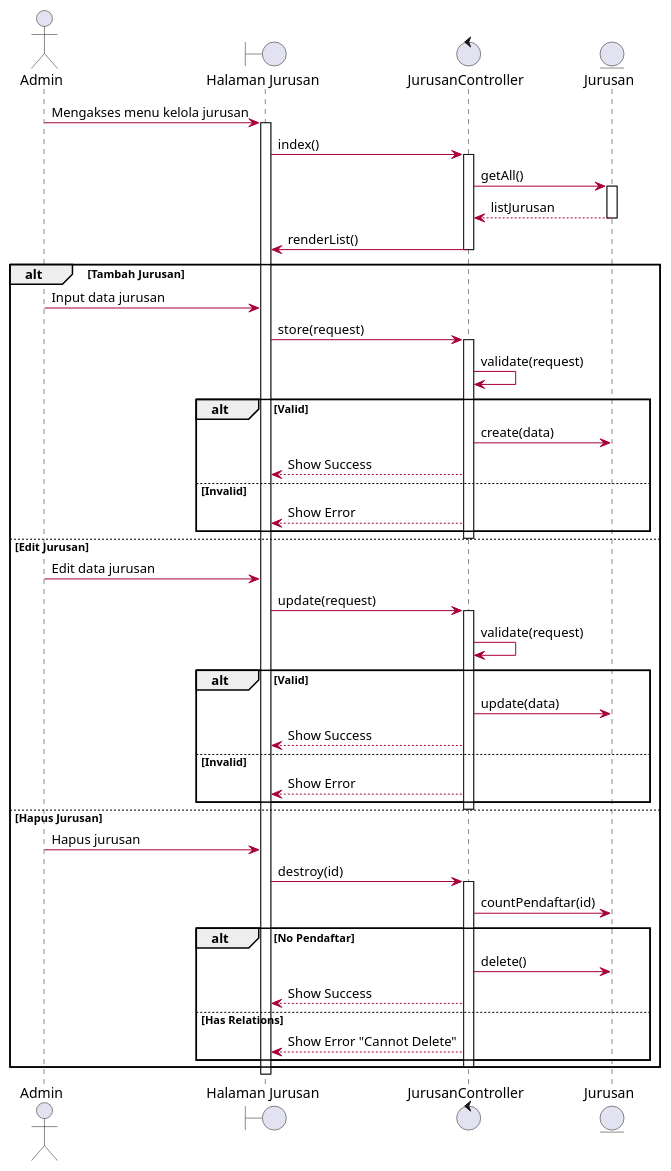
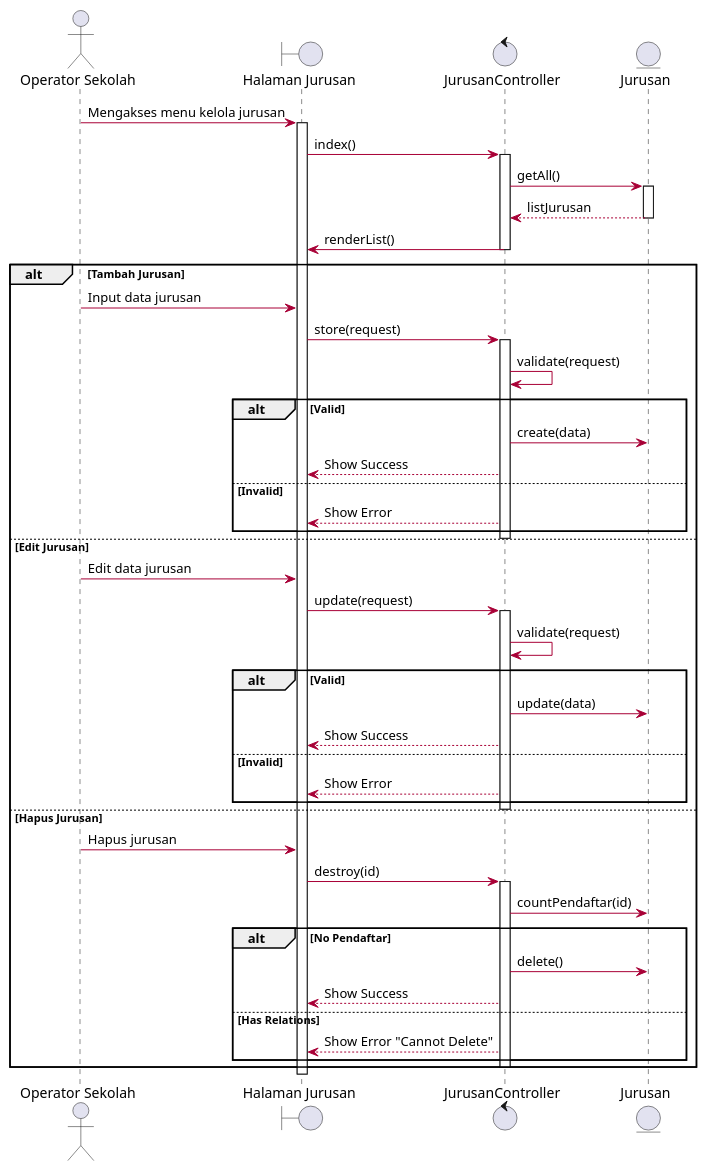
Before and after one commit to unfaejanXT/KP-SIPPDB-SMK: the diagram in docs/sequence_diagram/revisi/kelola_jurusan.puml, drawn with PlantUML. The commit also changed 44 other files, not shown here.

```diff
--- a/docs/sequence_diagram/revisi/kelola_jurusan.puml
+++ b/docs/sequence_diagram/revisi/kelola_jurusan.puml
@@ -1,71 +1,71 @@
 @startuml
 skinparam SwimlaneTitleFontSize 14
 skinparam SwimlaneBorderThickness 1
 skinparam ActivityBackgroundColor #FEFECE
 skinparam ActivityBorderColor #A80036
 skinparam ActivityFontSize 12
 skinparam ArrowColor #A80036
 skinparam Shadowing false
 
-actor "Admin" as Admin
+actor "Operator Sekolah" as Admin
 boundary "Halaman Jurusan" as View
 control "JurusanController" as Ctrl
 entity "Jurusan" as Model
 
 Admin -> View : Mengakses menu kelola jurusan
 activate View
 View -> Ctrl : index()
 activate Ctrl
 Ctrl -> Model : getAll()
 activate Model
 Model --> Ctrl : listJurusan
 deactivate Model
 Ctrl -> View : renderList()
 deactivate Ctrl
 
 alt Tambah Jurusan
     Admin -> View : Input data jurusan
     View -> Ctrl : store(request)
     activate Ctrl
     Ctrl -> Ctrl : validate(request)
     
     alt Valid
         Ctrl -> Model : create(data)
         Ctrl --> View : Show Success
     else Invalid
         Ctrl --> View : Show Error
     end
     deactivate Ctrl
 
 else Edit Jurusan
     Admin -> View : Edit data jurusan
     View -> Ctrl : update(request)
     activate Ctrl
     Ctrl -> Ctrl : validate(request)
     
     alt Valid
         Ctrl -> Model : update(data)
         Ctrl --> View : Show Success
     else Invalid
         Ctrl --> View : Show Error
     end
     deactivate Ctrl
 
 else Hapus Jurusan
     Admin -> View : Hapus jurusan
     View -> Ctrl : destroy(id)
     activate Ctrl
     
     Ctrl -> Model : countPendaftar(id)
     alt No Pendaftar
         Ctrl -> Model : delete()
         Ctrl --> View : Show Success
     else Has Relations
         Ctrl --> View : Show Error "Cannot Delete"
     end
     deactivate Ctrl
 end
 
 deactivate View
 
 @enduml
```
